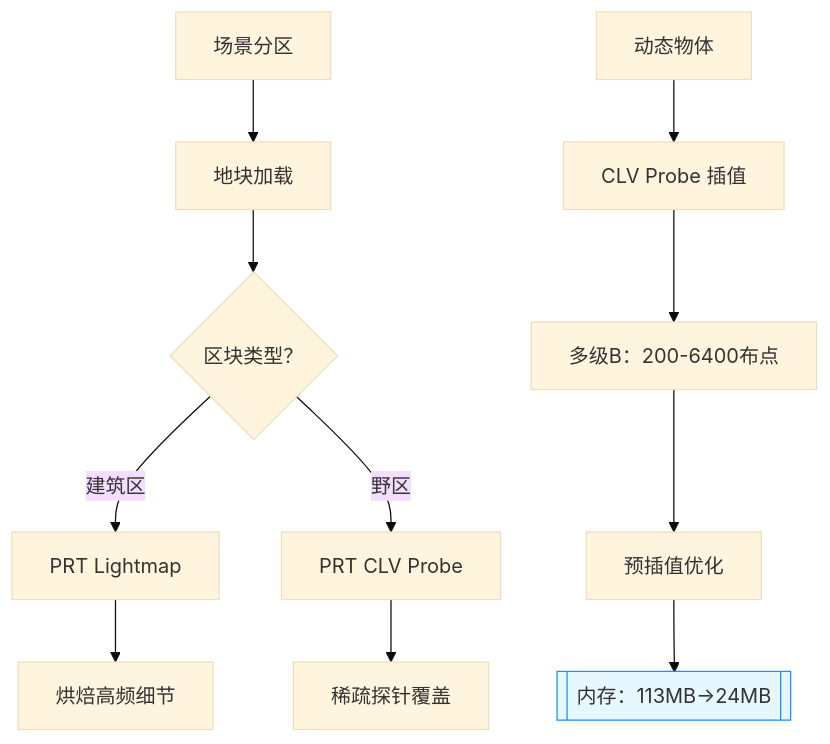
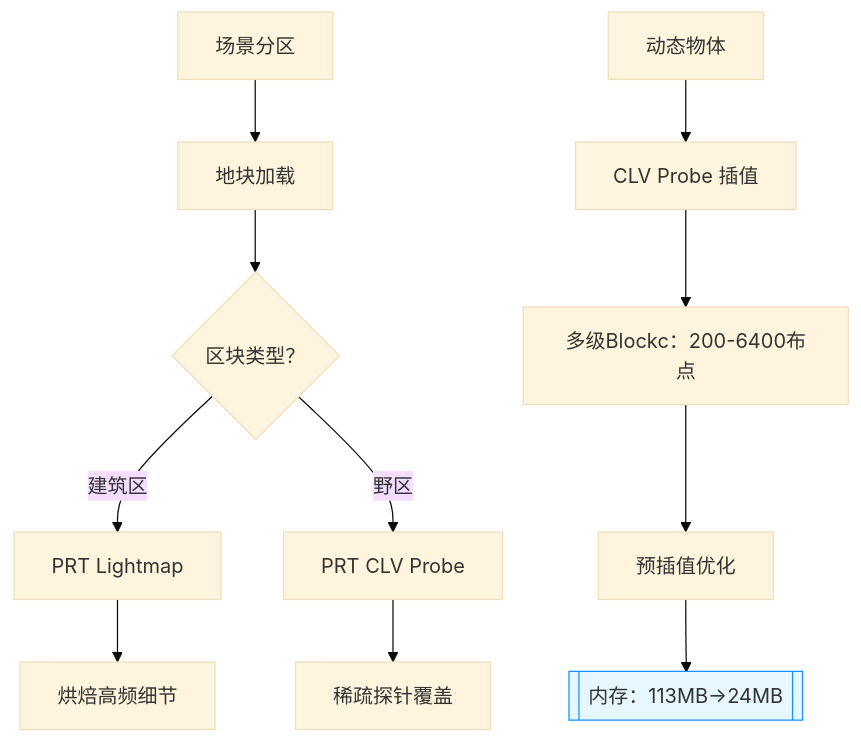
Before and after one commit to archieluan/iodraw-files: the diagram in all/未命名-4.md, drawn with Mermaid (base theme).

Commit message:
2025-06-13 15:58:57 update

````diff
--- a/all/未命名-4.md
+++ b/all/未命名-4.md
@@ -1,14 +1,14 @@
 ```mermaid
 graph TD
     A[场景分区] --> B[地块加载]
     B --> C{区块类型？}
     C -->|建筑区| D[PRT Lightmap]
     C -->|野区| E[PRT CLV Probe]
     D --> F[烘焙高频细节]
     E --> G[稀疏探针覆盖]
     H[动态物体] --> I[CLV Probe 插值]
-    I --> J[多级B：200-6400布点]
+    I --> J[多级Blockc：200-6400布点]
     J --> K[预插值优化]
     K --> L[[内存：113MB→24MB]]
     style L fill:#e6f7ff,stroke:#1890ff
 ```
````
